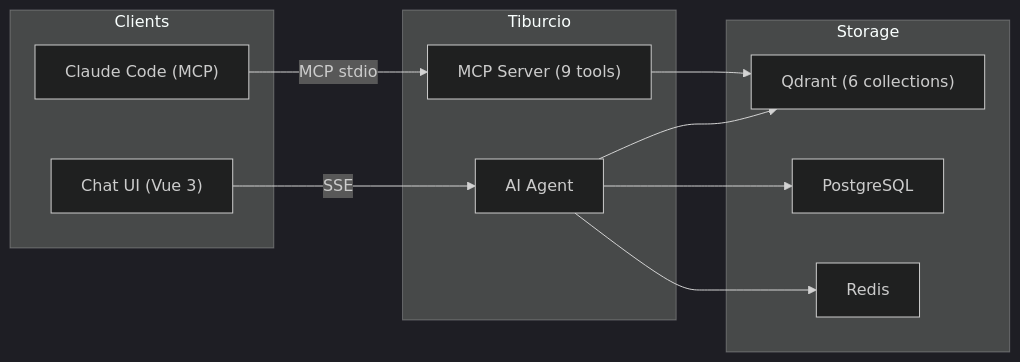
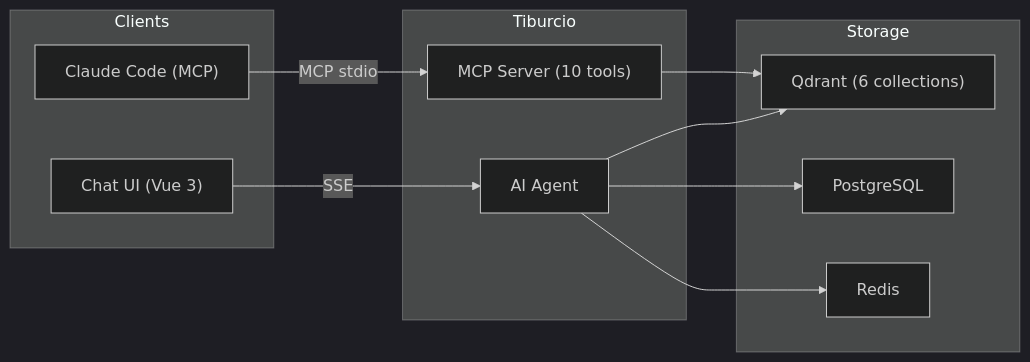
Before and after one commit to JoaoMorais03/Tiburcio: the first of 2 diagrams in README.md, drawn with Mermaid (dark theme). The commit also changed other lines of this file and 39 other files, not shown here.

````diff
--- a/README.md
+++ b/README.md
@@ -57,23 +57,23 @@
 ```mermaid
 graph LR
     subgraph Clients
         CC["Claude Code (MCP)"]
         UI["Chat UI (Vue 3)"]
     end
 
     subgraph Tiburcio
-        MCP["MCP Server (9 tools)"]
+        MCP["MCP Server (10 tools)"]
         Agent["AI Agent"]
     end
 
     subgraph Storage
         Qdrant["Qdrant (6 collections)"]
         PG["PostgreSQL"]
         Redis["Redis"]
     end
 
     CC -- MCP stdio --> MCP --> Qdrant
     UI -- SSE --> Agent --> Qdrant
     Agent --> PG
     Agent --> Redis
 ```
````
